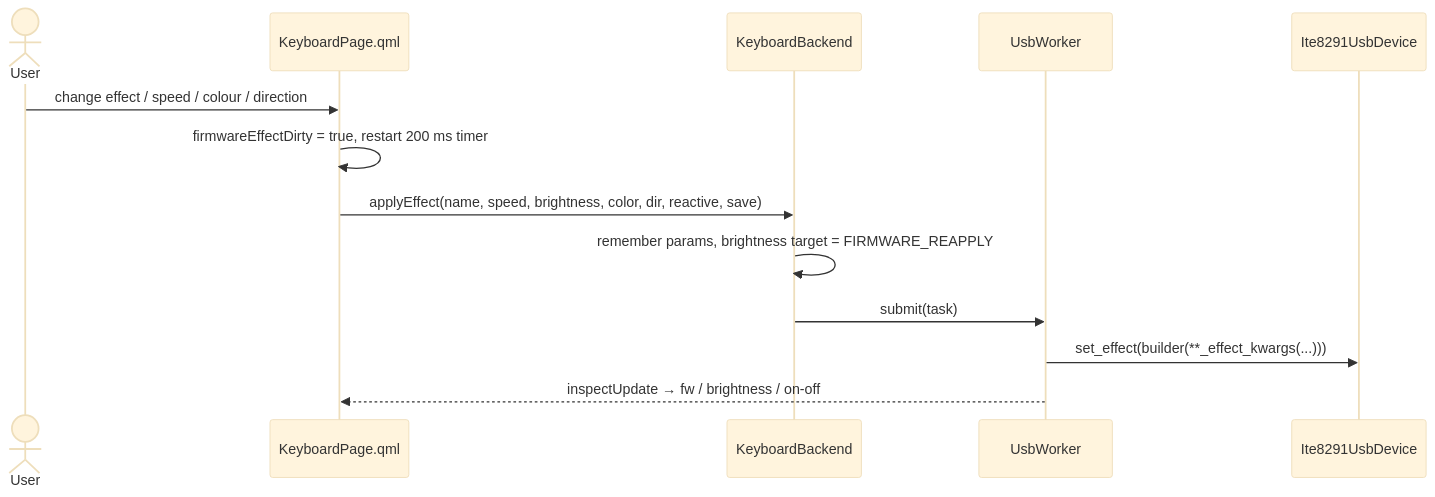
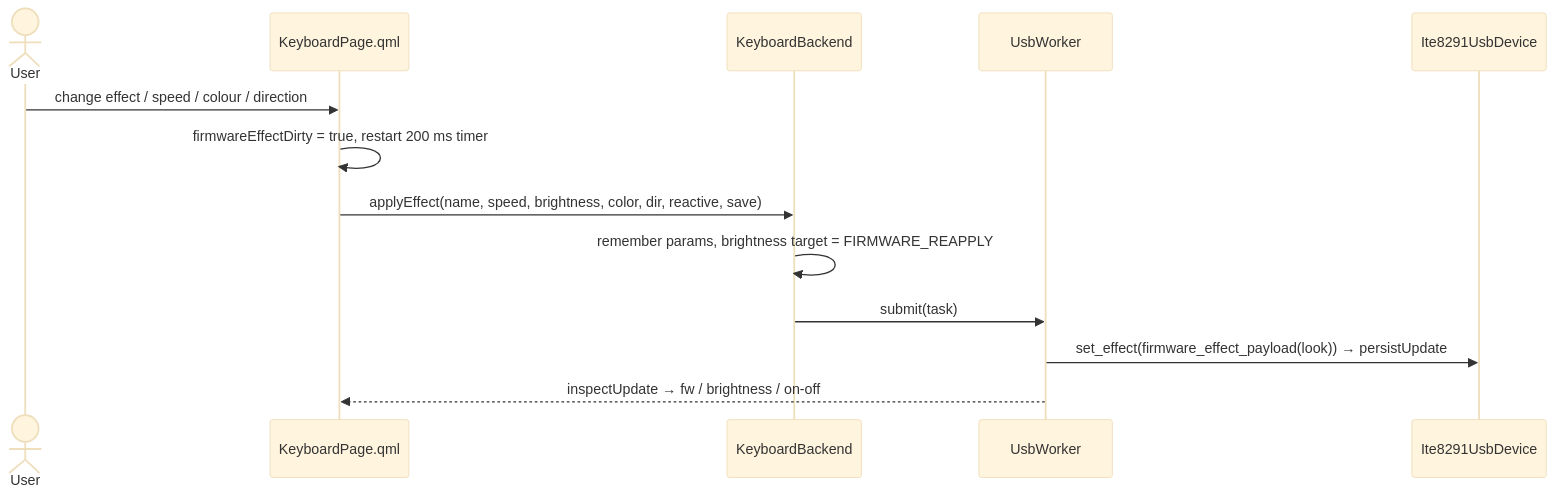
One commit to jillesmc/avell-storm-rgb-control changed the third of 7 diagrams in docs/FLOWS.md. Above: the diagram before and after it, drawn with Mermaid (base theme). The commit also changed other lines of this file and 18 other files, not shown here.

````diff
--- a/docs/FLOWS.md
+++ b/docs/FLOWS.md
@@ -71,15 +73,15 @@
 ```mermaid
 sequenceDiagram
     actor U as User
     participant P as KeyboardPage.qml
     participant KB as KeyboardBackend
     participant W as UsbWorker
     participant D as Ite8291UsbDevice
     U->>P: change effect / speed / colour / direction
     P->>P: firmwareEffectDirty = true, restart 200 ms timer
     P->>KB: applyEffect(name, speed, brightness, color, dir, reactive, save)
     KB->>KB: remember params, brightness target = FIRMWARE_REAPPLY
     KB->>W: submit(task)
-    W->>D: set_effect(builder(**_effect_kwargs(...)))
+    W->>D: set_effect(firmware_effect_payload(look)) → persistUpdate
     W-->>P: inspectUpdate → fw / brightness / on-off
 ```
````
